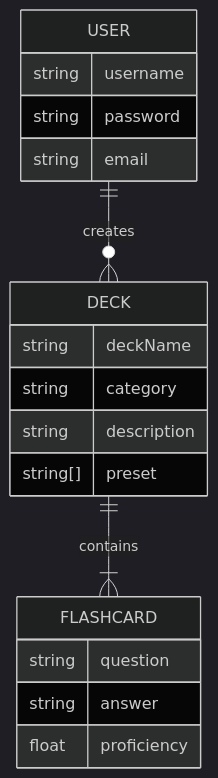
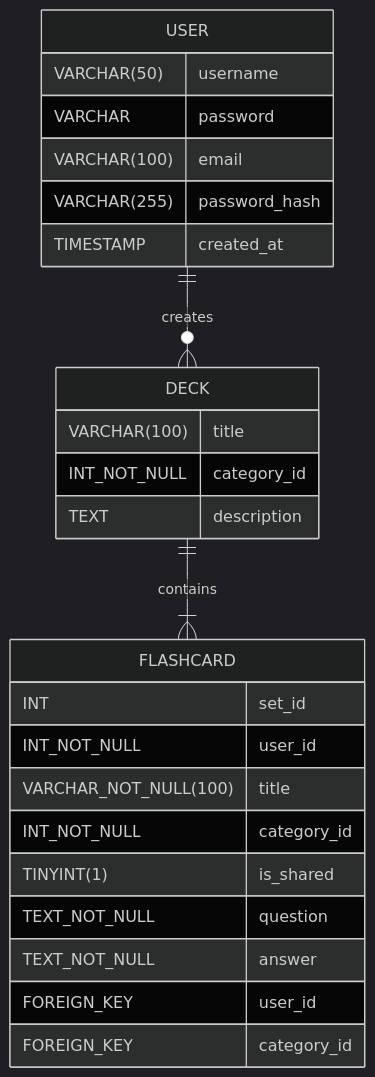
Before and after one commit to njgarner/CSC289-Flashcard-Generator: the fifth of 5 diagrams in USERGUIDE.md, drawn with Mermaid (dark theme). The commit also changed other lines of this file, not shown here.

Commit message:
Update USERGUIDE.md
Updated Diagrams.

````diff
--- a/USERGUIDE.md
+++ b/USERGUIDE.md
@@ -141,21 +149,28 @@
 ```mermaid
 erDiagram
     USER ||--o{ DECK : creates
     USER {
-        string username
-        string password
-        string email
+        VARCHAR(50) username 
+        VARCHAR password
+        VARCHAR(100) email 
+        VARCHAR(255) password_hash
+        TIMESTAMP created_at
     }
     DECK ||--|{ FLASHCARD : contains
     DECK {
-        string deckName
-        string category
-        string description
-        string[] preset
+        VARCHAR(100) title
+        INT_NOT_NULL category_id
+        TEXT description
     }
     FLASHCARD {
-        string question
-        string answer
-        float proficiency
+        INT set_id
+        INT_NOT_NULL user_id
+        VARCHAR_NOT_NULL(100) title
+        INT_NOT_NULL category_id
+        TINYINT(1) is_shared
+        TEXT_NOT_NULL question
+        TEXT_NOT_NULL answer
+        FOREIGN_KEY user_id
+        FOREIGN_KEY category_id
     }
 ```
````
